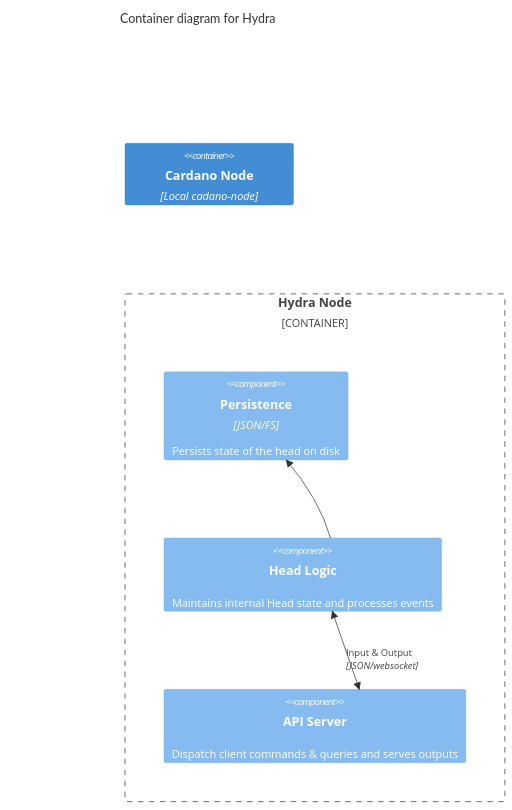
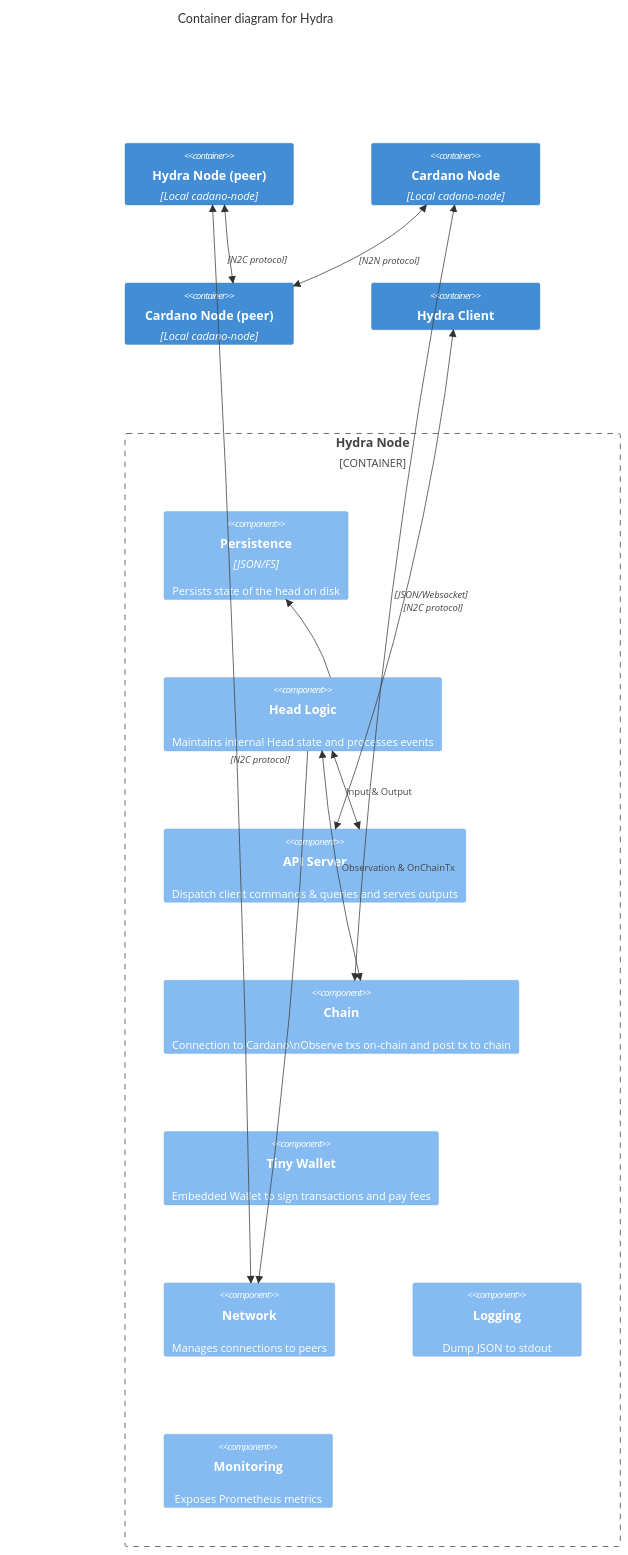
Before and after one commit to cardano-scaling/website: the diagram in core-concepts/architecture.md, drawn with Mermaid.

Commit message:
Add more components to architecture diagram

````diff
--- a/core-concepts/architecture.md
+++ b/core-concepts/architecture.md
@@ -9,15 +9,31 @@
 ```mermaid
 C4Component
-title Container diagram for Hydra
+ title Container diagram for Hydra
 
+ Container_Boundary(hydra_node, "Hydra Node") {
+    Component(persistence, "Persistence", "JSON/FS", "Persists state of the head on disk")
+    Component(head_logic, "Head Logic", "", "Maintains internal Head state and processes events")
+    Component(api_server, "API Server", "", "Dispatch client commands & queries and serves outputs")
+    Component(chain, "Chain", "", "Connection to Cardano\nObserve txs on-chain and post tx to chain")
+    Component(wallet, "Tiny Wallet", "", "Embedded Wallet to sign transactions and pay fees")
+    Component(network, "Network", "", "Manages connections to peers")
+    Component(logging, "Logging", "", "Dump JSON to stdout")
+    Component(monitoring, "Monitoring", "", "Exposes Prometheus metrics")
+
+    BiRel(api_server, head_logic, "Input & Output", "")
+    Rel(head_logic, persistence, "")
+    Rel(head_logic, network, "")
+    BiRel(head_logic, chain, "Observation & OnChainTx", "")
+ }
+
+Container(hydra_node_peer, "Hydra Node (peer)", "Local cadano-node")
 Container(cardano_node, "Cardano Node", "Local cadano-node")
+Container(cardano_node_peer, "Cardano Node (peer)", "Local cadano-node")
+Container(hydra_client, "Hydra Client", "")
+BiRel(chain, cardano_node, "", "N2C protocol")
+BiRel(cardano_node, cardano_node_peer, "", "N2N protocol")
+BiRel(hydra_node_peer, cardano_node_peer, "", "N2C protocol")
+BiRel(network, hydra_node_peer, "", "N2C protocol")
+BiRel(hydra_client, api_server, "", "JSON/Websocket")
 
-Container_Boundary(hydra_node, "Hydra Node") {
-   Component(persistence, "Persistence", "JSON/FS", "Persists state of the head on disk")
-   Component(head_logic, "Head Logic", "", "Maintains internal Head state and processes events")
-   Component(api_server, "API Server", "", "Dispatch client commands & queries and serves outputs")
-
-   BiRel(api_server, head_logic, "Input & Output", "JSON/websocket")
-   Rel(head_logic, persistence, "")
-}
 ```
````
